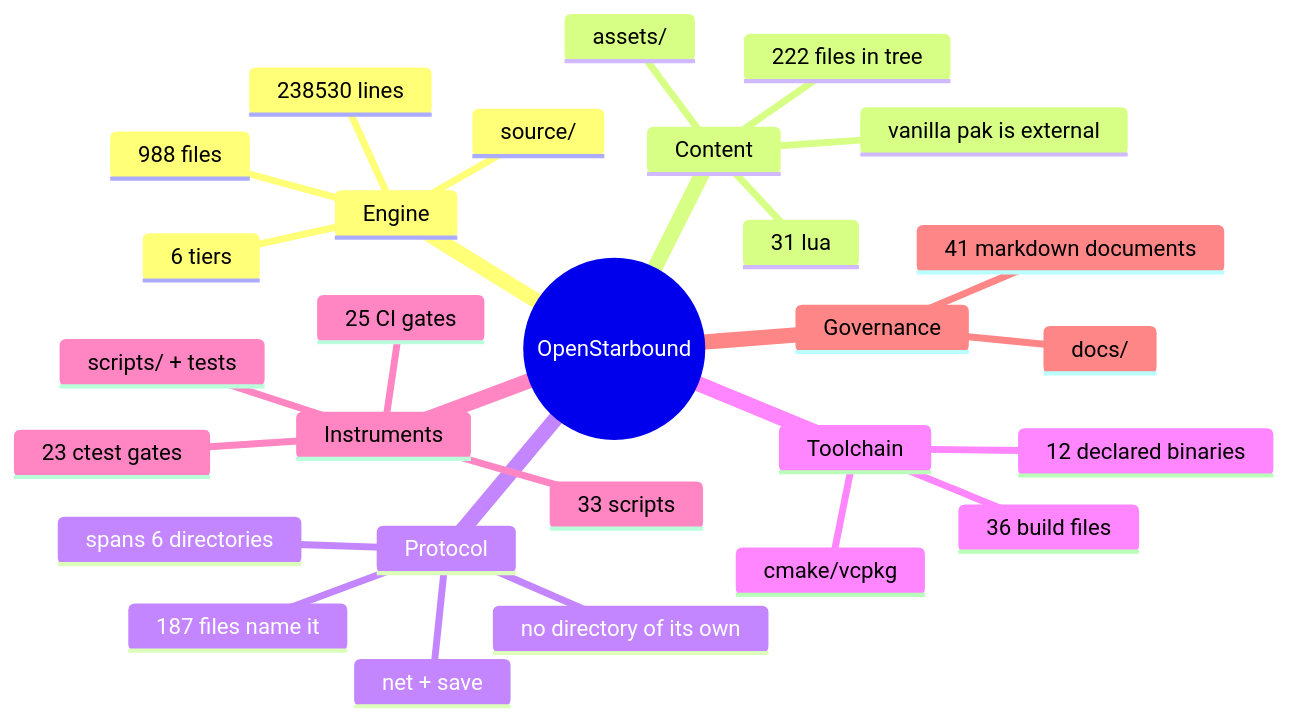
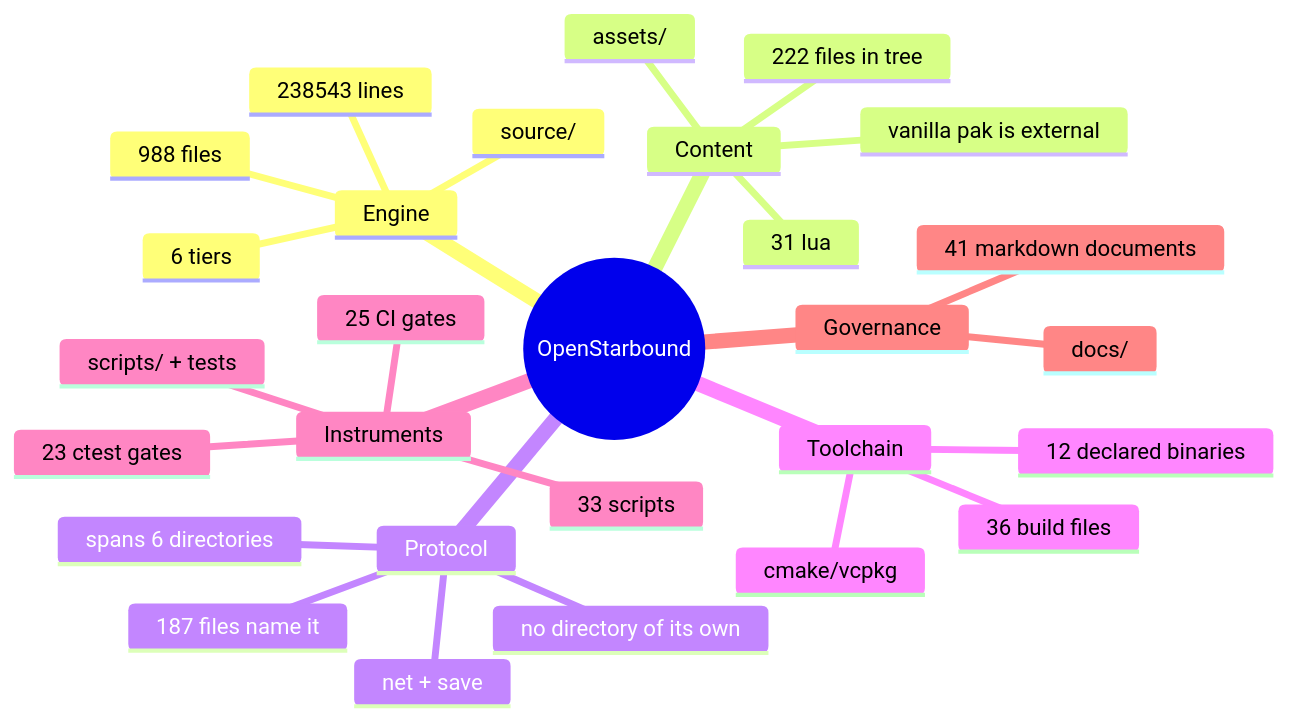
One commit to apnex/OpenStarbound changed the second of 11 diagrams in docs/architecture/system-boundaries.md. Above: the diagram before and after it, drawn with Mermaid. The commit also changed other lines of this file and 2 other files, not shown here.

````diff
--- a/docs/architecture/system-boundaries.md
+++ b/docs/architecture/system-boundaries.md
@@ -166,31 +166,31 @@
 ```mermaid
 mindmap
   root((OpenStarbound))
     Engine
       source/
       988 files
-      238530 lines
+      238543 lines
       6 tiers
     Content
       assets/
       222 files in tree
       31 lua
       vanilla pak is external
     Protocol
       net + save
       187 files name it
       spans 6 directories
       no directory of its own
     Toolchain
       cmake/vcpkg
       36 build files
       12 declared binaries
     Instruments
       scripts/ + tests
       33 scripts
       23 ctest gates
       25 CI gates
     Governance
       docs/
       41 markdown documents
 ```
````
